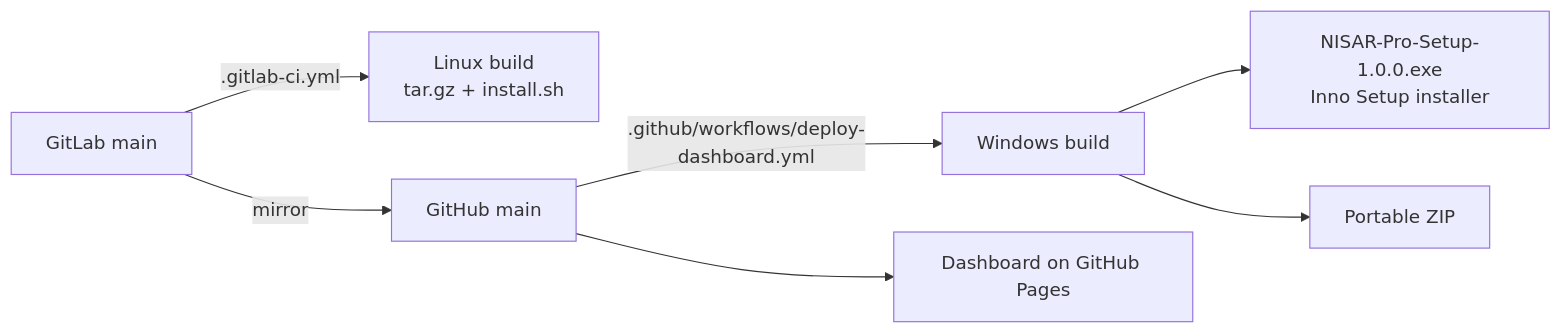
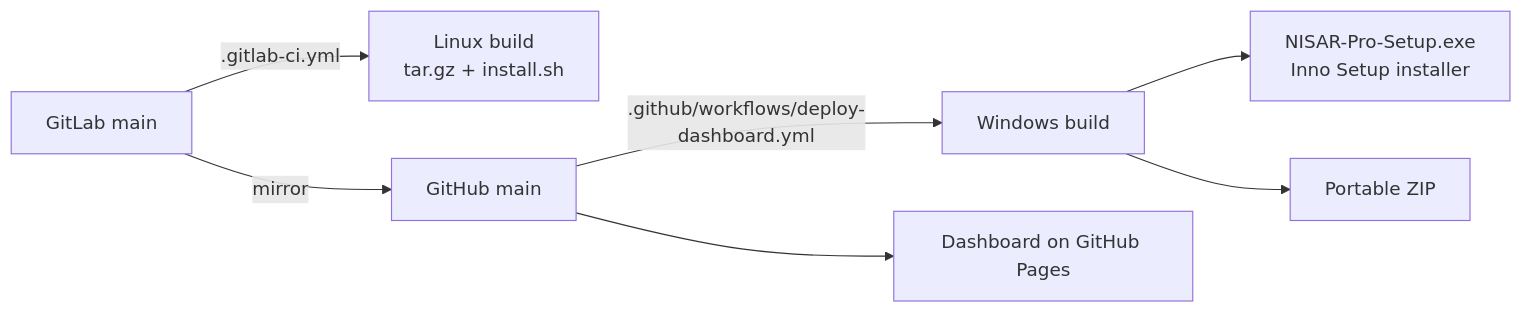
One commit to AdityaNarayanNayak-2/NISAR_PRO changed the sixth of 6 diagrams in Docs/Architecture/architecture-diagrams.md. Above: the diagram before and after it, drawn with Mermaid. The commit also changed 7 other files, not shown here.

````diff
--- a/Docs/Architecture/architecture-diagrams.md
+++ b/Docs/Architecture/architecture-diagrams.md
@@ -187,9 +187,9 @@
 ```mermaid
 graph LR
     GL[GitLab main] -->|.gitlab-ci.yml| LX[Linux build<br/>tar.gz + install.sh]
     GL -->|mirror| GH[GitHub main]
     GH -->|.github/workflows/deploy-dashboard.yml| WB[Windows build]
     GH --> PG[Dashboard on GitHub Pages]
-    WB --> SETUP[NISAR-Pro-Setup-1.0.0.exe<br/>Inno Setup installer]
+    WB --> SETUP[NISAR-Pro-Setup.exe<br/>Inno Setup installer]
     WB --> ZIP[Portable ZIP]
 ```
````
